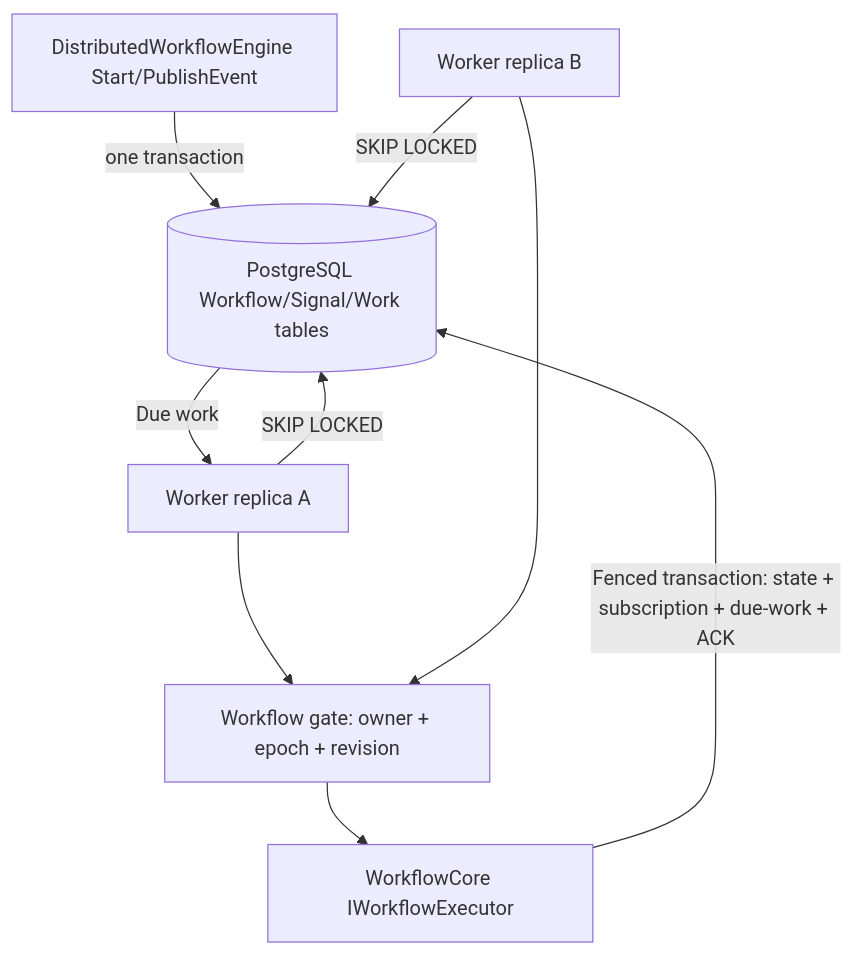
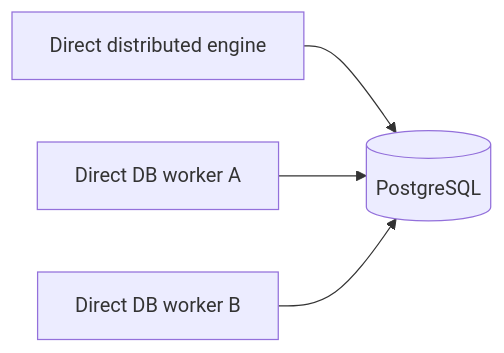
One commit to thanhhaictld/workflow-core changed the second of 2 diagrams in scaling/README.md. Above: the diagram before and after it, drawn with Mermaid. The commit also changed other lines of this file, not shown here.

Commit message:
docs: replace competing scaling architecture with primary Hub design

````diff
--- a/scaling/README.md
+++ b/scaling/README.md
@@ -54,11 +72,6 @@
 ```mermaid
-flowchart TD
-    API[DistributedWorkflowEngine Start/PublishEvent] -->|one transaction| PG[(PostgreSQL Workflow/Signal/Work tables)]
-    W1[Worker replica A] -->|SKIP LOCKED| PG
-    W2[Worker replica B] -->|SKIP LOCKED| PG
-    W1 --> G[Workflow gate: owner + epoch + revision]
-    W2 --> G
-    G --> E[WorkflowCore IWorkflowExecutor]
-    E -->|Fenced transaction: state + subscription + due-work + ACK| PG
-    PG -->|Due work| W1
+flowchart LR
+    API[Direct distributed engine] --> PG[(PostgreSQL)]
+    W1[Direct DB worker A] --> PG
+    W2[Direct DB worker B] --> PG
 ```
````
